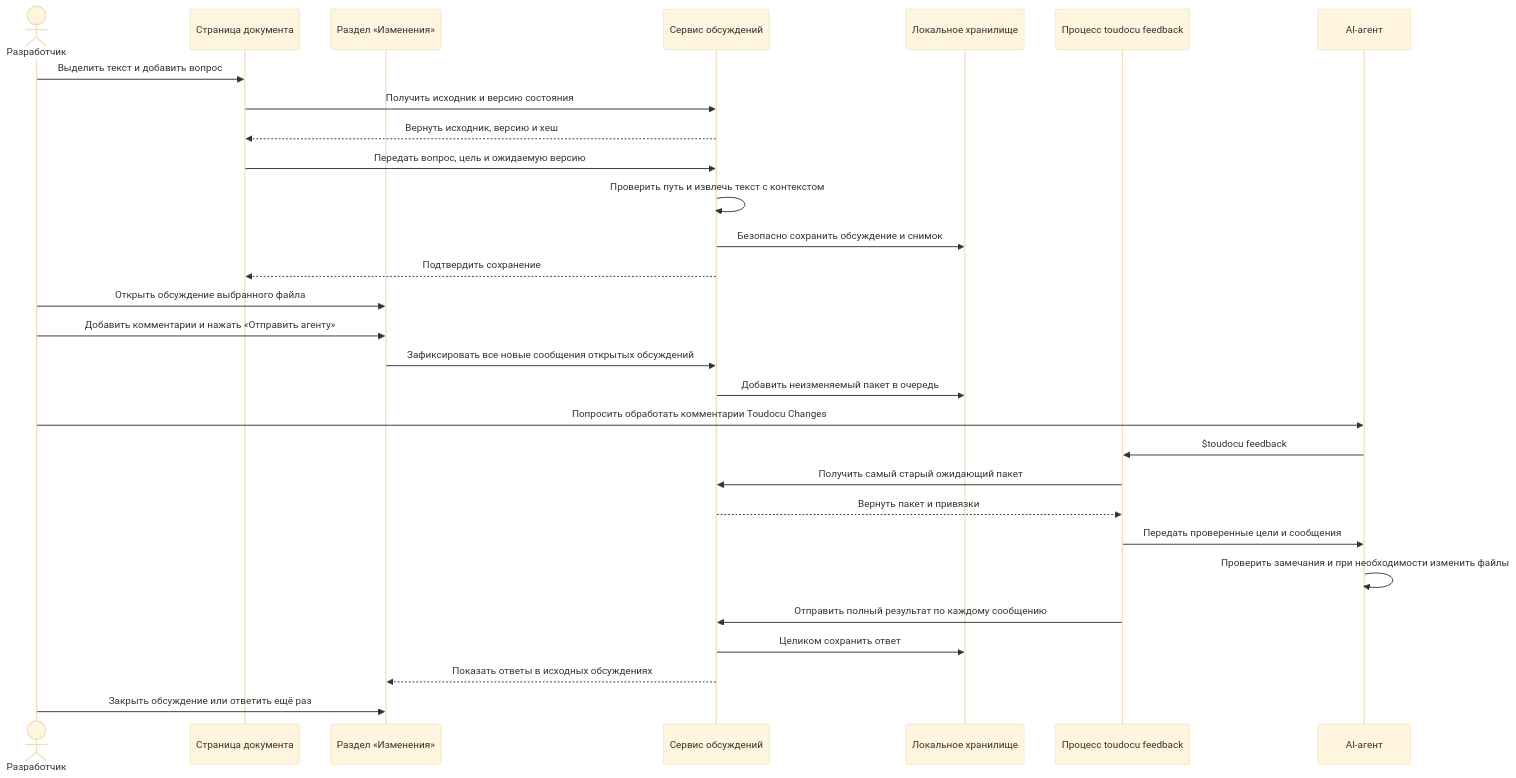
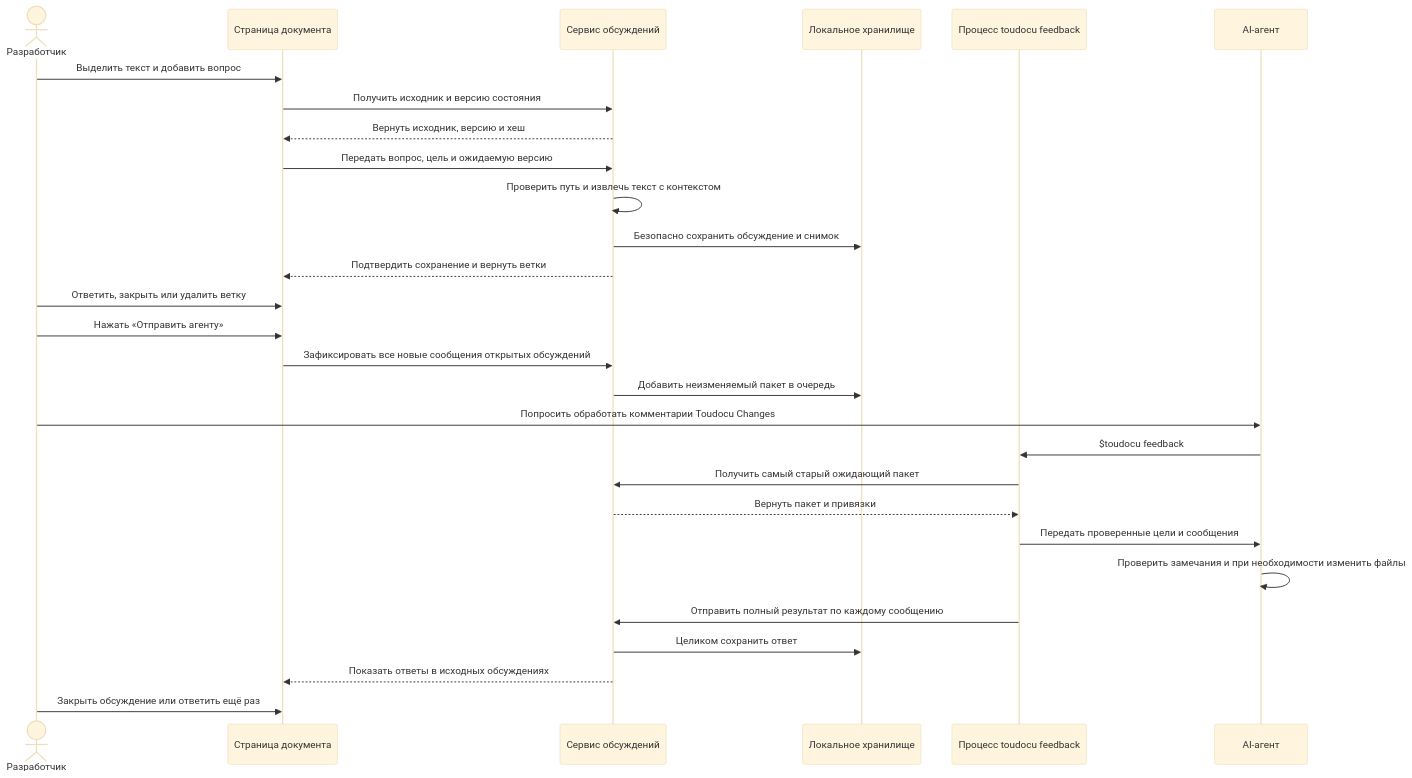
Before and after one commit to lumenikoly/toudocu: the diagram in docs/flows/FLOW-REVIEW-FEEDBACK.md, drawn with Mermaid (base theme). The commit also changed other lines of this file and 167 other files, not shown here.

First line of the commit message:
feat: enhance portal review functionality and UI improvements

````diff
--- a/docs/flows/FLOW-REVIEW-FEEDBACK.md
+++ b/docs/flows/FLOW-REVIEW-FEEDBACK.md
@@ -10,32 +10,31 @@
 ```mermaid
 sequenceDiagram
     actor User as Разработчик
     participant Portal as Страница документа
-    participant Changes as Раздел «Изменения»
     participant Review as Сервис обсуждений
     participant Store as Локальное хранилище
     participant Skill as Процесс toudocu feedback
     participant Agent as AI-агент
 
     User->>Portal: Выделить текст и добавить вопрос
     Portal->>Review: Получить исходник и версию состояния
     Review-->>Portal: Вернуть исходник, версию и хеш
     Portal->>Review: Передать вопрос, цель и ожидаемую версию
     Review->>Review: Проверить путь и извлечь текст с контекстом
     Review->>Store: Безопасно сохранить обсуждение и снимок
-    Review-->>Portal: Подтвердить сохранение
-    User->>Changes: Открыть обсуждение выбранного файла
-    User->>Changes: Добавить комментарии и нажать «Отправить агенту»
-    Changes->>Review: Зафиксировать все новые сообщения открытых обсуждений
+    Review-->>Portal: Подтвердить сохранение и вернуть ветки
+    User->>Portal: Ответить, закрыть или удалить ветку
+    User->>Portal: Нажать «Отправить агенту»
+    Portal->>Review: Зафиксировать все новые сообщения открытых обсуждений
     Review->>Store: Добавить неизменяемый пакет в очередь
     User->>Agent: Попросить обработать комментарии Toudocu Changes
     Agent->>Skill: $toudocu feedback
     Skill->>Review: Получить самый старый ожидающий пакет
     Review-->>Skill: Вернуть пакет и привязки
     Skill->>Agent: Передать проверенные цели и сообщения
     Agent->>Agent: Проверить замечания и при необходимости изменить файлы
     Skill->>Review: Отправить полный результат по каждому сообщению
     Review->>Store: Целиком сохранить ответ
-    Review-->>Changes: Показать ответы в исходных обсуждениях
-    User->>Changes: Закрыть обсуждение или ответить ещё раз
+    Review-->>Portal: Показать ответы в исходных обсуждениях
+    User->>Portal: Закрыть обсуждение или ответить ещё раз
 ```
````
